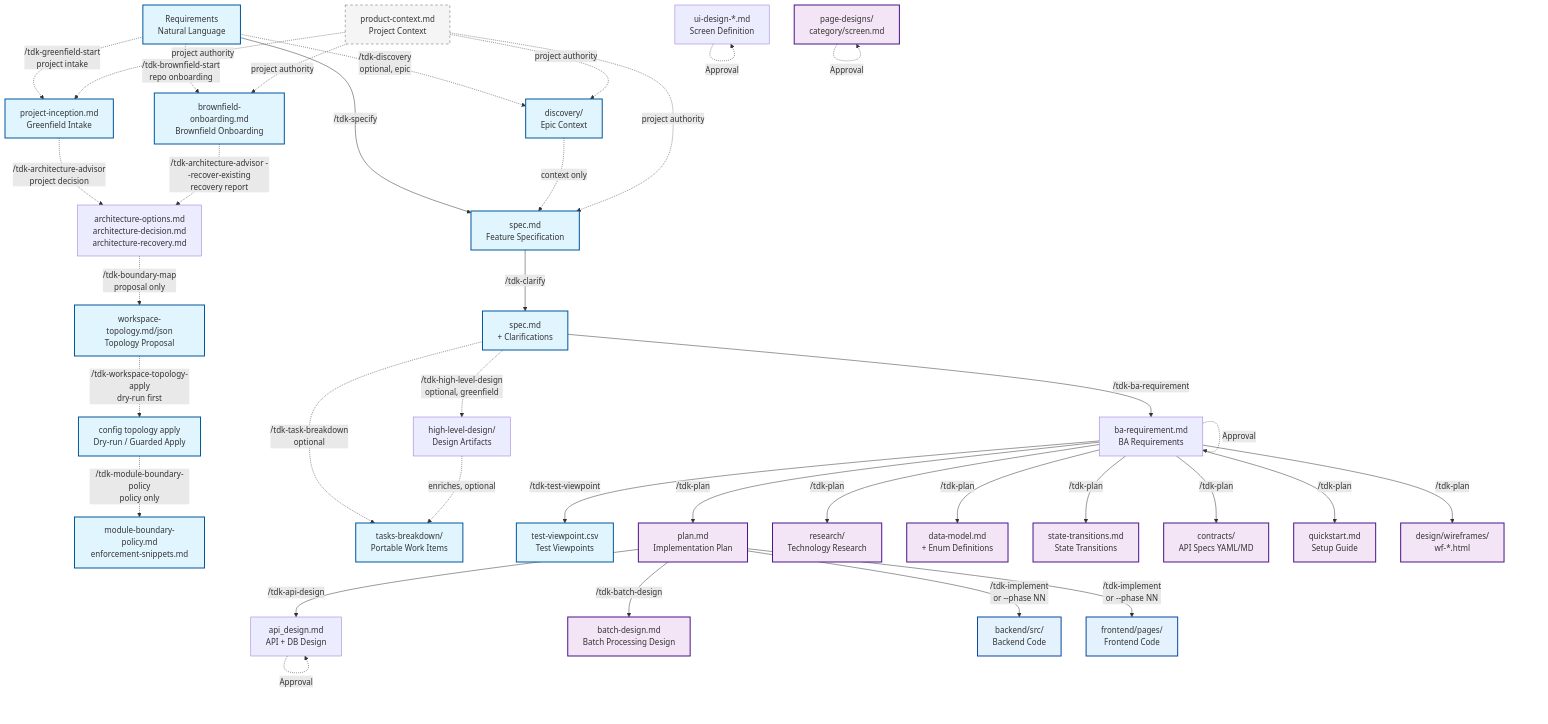
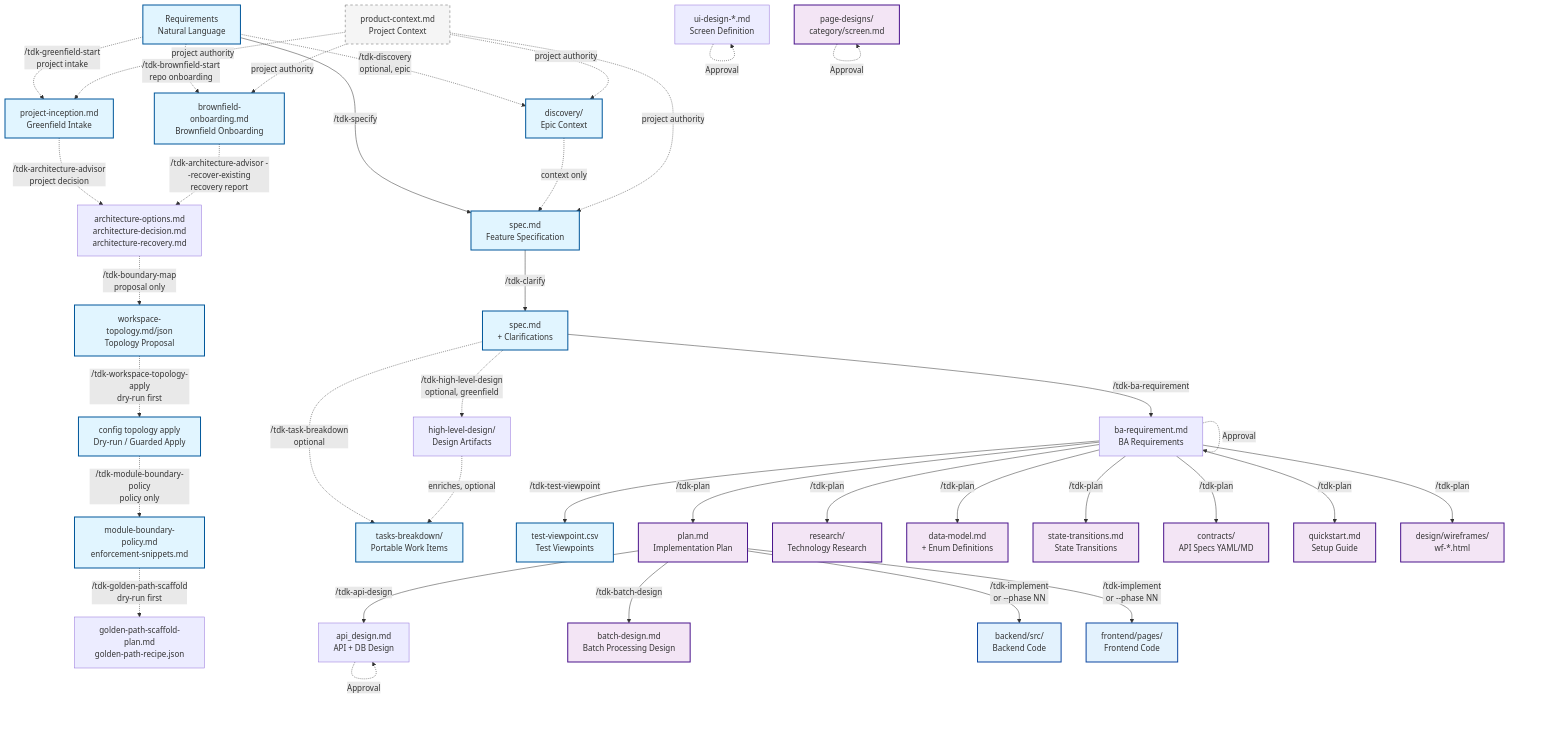
The first of 8 diagrams in .specify/docs/en/document-flow.md (vinhltt/tdk), drawn with Mermaid before and after one commit. The commit also changed other lines of this file and 40 other files, not shown here.

````diff
--- a/.specify/docs/en/document-flow.md
+++ b/.specify/docs/en/document-flow.md
@@ -12,75 +12,77 @@
 ```mermaid
 flowchart TD
     %% Phase 0: Specification
     REQ[Requirements<br/>Natural Language]
     PRODUCT_CONTEXT[product-context.md<br/>Project Context]
     GREENFIELD_INCEPTION[project-inception.md<br/>Greenfield Intake]
     BROWNFIELD_ONBOARDING[brownfield-onboarding.md<br/>Brownfield Onboarding]
     ARCHITECTURE_REPORTS[architecture-options.md<br/>architecture-decision.md<br/>architecture-recovery.md]
     TOPOLOGY[workspace-topology.md/json<br/>Topology Proposal]
     CONFIG_PATCH[config topology apply<br/>Dry-run / Guarded Apply]
     POLICY[module-boundary-policy.md<br/>enforcement-snippets.md]
+    GOLDEN_PATH[golden-path-scaffold-plan.md<br/>golden-path-recipe.json]
     DISCOVERY[discovery/<br/>Epic Context]
 
     %% Phase 0: Feature Specification
     REQ -.->|/tdk-greenfield-start<br/>project intake| GREENFIELD_INCEPTION
     REQ -.->|/tdk-brownfield-start<br/>repo onboarding| BROWNFIELD_ONBOARDING
     GREENFIELD_INCEPTION -.->|/tdk-architecture-advisor<br/>project decision| ARCHITECTURE_REPORTS
     BROWNFIELD_ONBOARDING -.->|/tdk-architecture-advisor --recover-existing<br/>recovery report| ARCHITECTURE_REPORTS
     ARCHITECTURE_REPORTS -.->|/tdk-boundary-map<br/>proposal only| TOPOLOGY
     TOPOLOGY -.->|/tdk-workspace-topology-apply<br/>dry-run first| CONFIG_PATCH
     CONFIG_PATCH -.->|/tdk-module-boundary-policy<br/>policy only| POLICY
+    POLICY -.->|/tdk-golden-path-scaffold<br/>dry-run first| GOLDEN_PATH
     REQ -.->|/tdk-discovery<br/>optional, epic| DISCOVERY
     REQ -->|/tdk-specify| SPEC[spec.md<br/>Feature Specification]
     DISCOVERY -.->|context only| SPEC
     PRODUCT_CONTEXT -.->|project authority| GREENFIELD_INCEPTION
     PRODUCT_CONTEXT -.->|project authority| BROWNFIELD_ONBOARDING
     PRODUCT_CONTEXT -.->|project authority| DISCOVERY
     PRODUCT_CONTEXT -.->|project authority| SPEC
     SPEC -->|/tdk-clarify| SPEC_CLARIFIED[spec.md<br/>+ Clarifications]
     SPEC_CLARIFIED -.->|/tdk-high-level-design<br/>optional, greenfield| HLD[high-level-design/<br/>Design Artifacts]
     SPEC_CLARIFIED -.->|/tdk-task-breakdown<br/>optional| TASK_BREAKDOWN[tasks-breakdown/<br/>Portable Work Items]
     HLD -.->|enriches, optional| TASK_BREAKDOWN
     SPEC_CLARIFIED -->|/tdk-ba-requirement| BA_REQ[ba-requirement.md<br/>BA Requirements]
     BA_REQ -.->|Approval| BA_REQ
     BA_REQ -->|/tdk-test-viewpoint| TEST_VP[test-viewpoint.csv<br/>Test Viewpoints]
 
     %% Phase 1: Architecture & Design
     BA_REQ -->|/tdk-plan| PLAN[plan.md<br/>Implementation Plan]
     BA_REQ -->|/tdk-plan| RESEARCH[research/<br/>Technology Research]
     BA_REQ -->|/tdk-plan| DATAMODEL[data-model.md<br/>+ Enum Definitions]
     BA_REQ -->|/tdk-plan| STATETRANS[state-transitions.md<br/>State Transitions]
     BA_REQ -->|/tdk-plan| CONTRACTS[contracts/<br/>API Specs YAML/MD]
     BA_REQ -->|/tdk-plan| QUICKSTART[quickstart.md<br/>Setup Guide]
     BA_REQ -->|/tdk-plan| WIREFRAMES[design/wireframes/<br/>wf-*.html]
 
     %% Phase 1: Detailed Design & Approval
     PLAN -->|/tdk-api-design| API_DESIGN[api_design.md<br/>API + DB Design]
     PLAN -->|/tdk-batch-design| BATCH_DESIGN[batch-design.md<br/>Batch Processing Design]
     PAGEDESIGNS[page-designs/<br/>category/screen.md]
     UI_DESIGN[ui-design-*.md<br/>Screen Definition]
     API_DESIGN -.->|Approval| API_DESIGN
     UI_DESIGN -.->|Approval| UI_DESIGN
     PAGEDESIGNS -.->|Approval| PAGEDESIGNS
 
     %% Phase 2: Implementation (Solo Path - Primary)
     PLAN -->|/tdk-implement<br/>or --phase NN| CODE_BE[backend/src/<br/>Backend Code]
     PLAN -->|/tdk-implement<br/>or --phase NN| CODE_FE[frontend/pages/<br/>Frontend Code]
 
     %% Styling
     classDef phase0 fill:#e1f5ff,stroke:#01579b,stroke-width:2px
     classDef phase1 fill:#f3e5f5,stroke:#4a148c,stroke-width:2px
     classDef phase2 fill:#fff3e0,stroke:#e65100,stroke-width:2px
     classDef phase3 fill:#e8f5e9,stroke:#1b5e20,stroke-width:2px
     classDef phase4 fill:#fff9c4,stroke:#f57f17,stroke-width:2px
     classDef phase5 fill:#ffebee,stroke:#b71c1c,stroke-width:2px
     classDef reference fill:#f5f5f5,stroke:#616161,stroke-width:1px,stroke-dasharray: 5 5
     classDef code fill:#e3f2fd,stroke:#0d47a1,stroke-width:2px
     classDef infra fill:#fce4ec,stroke:#880e4f,stroke-width:2px
 
     class REQ,GREENFIELD_INCEPTION,BROWNFIELD_ONBOARDING,TOPOLOGY,CONFIG_PATCH,POLICY,DISCOVERY,SPEC,SPEC_CLARIFIED,TASK_BREAKDOWN phase0
     class PLAN,RESEARCH,DATAMODEL,STATETRANS,CONTRACTS,QUICKSTART,WIREFRAMES,PAGEDESIGNS,BATCH_DESIGN phase1
     class TEST_VP phase0
     class PRODUCT_CONTEXT,CONSTITUTION,UIUX,REF_DATAMODEL,REF_STATE reference
     class CODE_BE,CODE_FE,TESTS code
 ```
````
